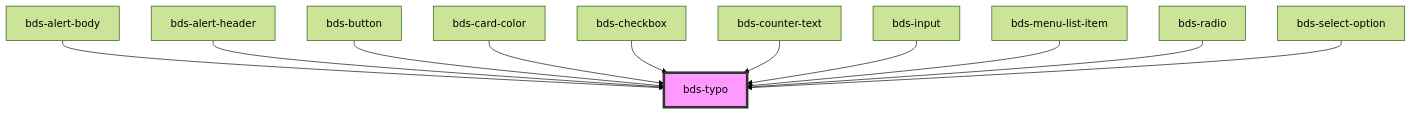
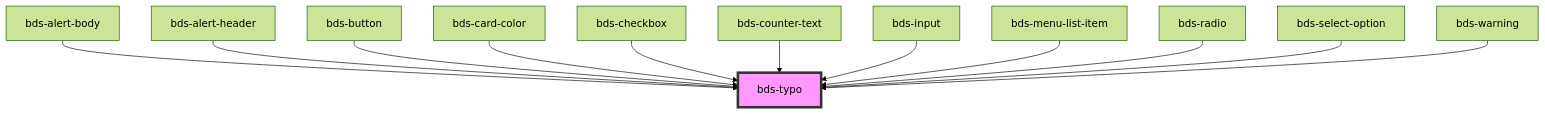
The diagram in src/components/typo/readme.md (takenet/blip-ds), drawn with Mermaid (forest theme) before and after one commit. The commit also changed other lines of this file and 7 other files, not shown here.

````diff
--- a/src/components/typo/readme.md
+++ b/src/components/typo/readme.md
@@ -37,14 +38,15 @@
 ```mermaid
 graph TD;
   bds-alert-body --> bds-typo
   bds-alert-header --> bds-typo
   bds-button --> bds-typo
   bds-card-color --> bds-typo
   bds-checkbox --> bds-typo
   bds-counter-text --> bds-typo
   bds-input --> bds-typo
   bds-menu-list-item --> bds-typo
   bds-radio --> bds-typo
   bds-select-option --> bds-typo
+  bds-warning --> bds-typo
   style bds-typo fill:#f9f,stroke:#333,stroke-width:4px
 ```
````
